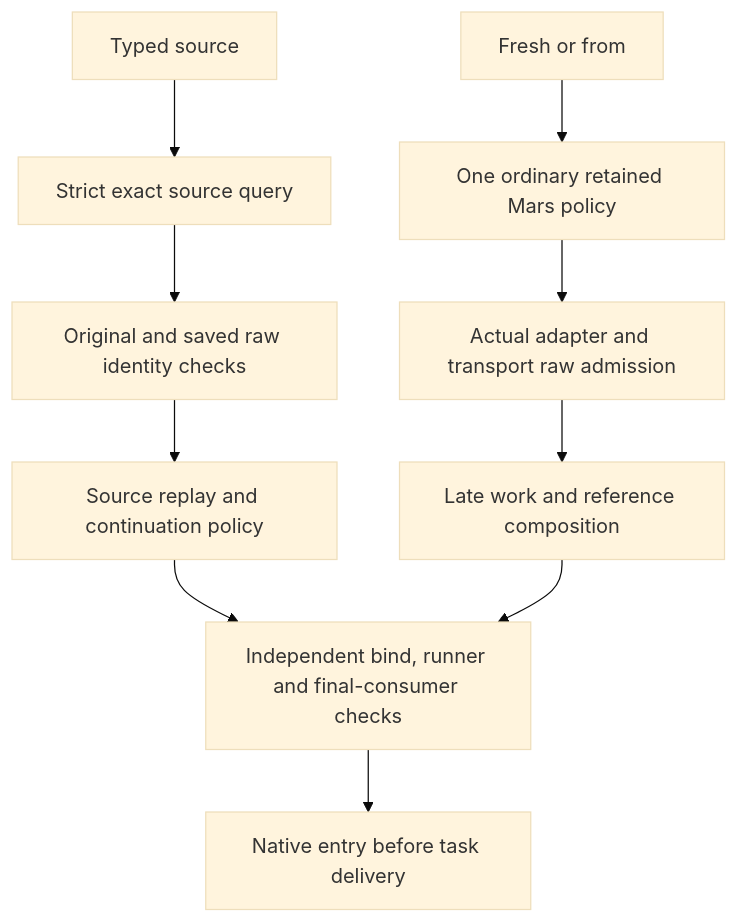
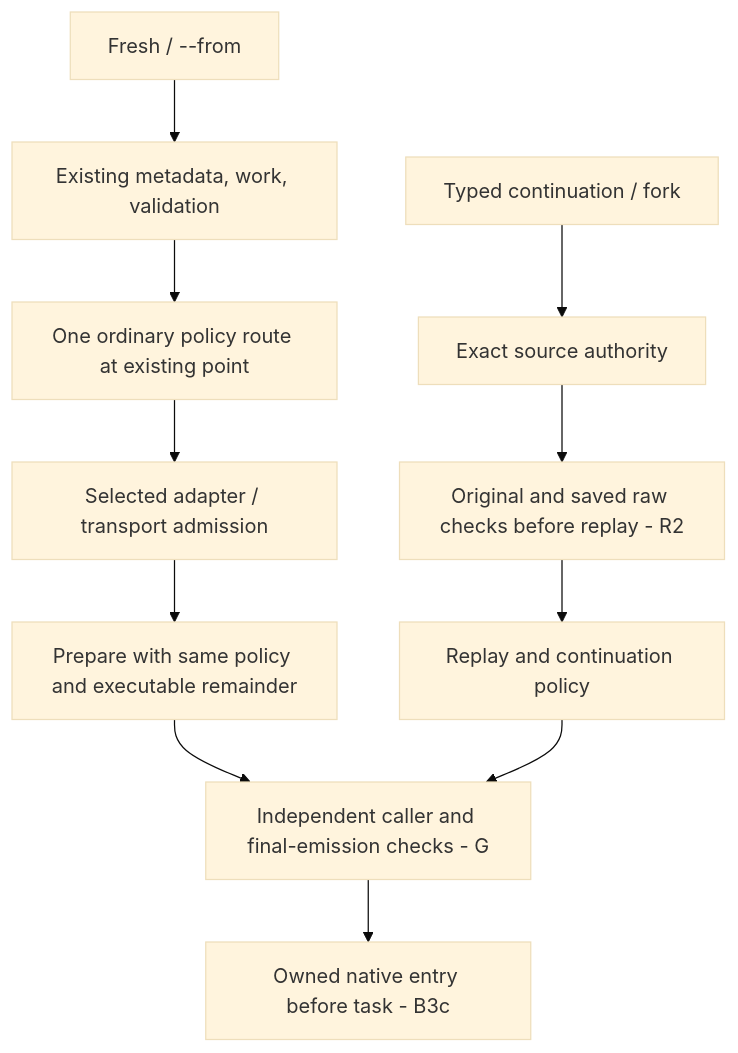
Before and after one commit to haowjy/meridian-cli-kb: the diagram in kb/decisions/native-source-argument-admission.md, drawn with Mermaid (base theme). The commit also changed other lines of this file and 7 other files, not shown here.

````diff
--- a/kb/decisions/native-source-argument-admission.md
+++ b/kb/decisions/native-source-argument-admission.md
@@ -26,12 +17,13 @@
 ```mermaid
 flowchart TD
-    T["Typed source"] --> Q["Strict exact source query"]
-    Q --> I["Original and saved raw identity checks"]
-    I --> R["Source replay and continuation policy"]
-    F["Fresh or from"] --> P["One ordinary retained Mars policy"]
-    P --> A["Actual adapter and transport raw admission"]
-    A --> L["Late work and reference composition"]
-    R --> C["Independent bind, runner and final-consumer checks"]
-    L --> C
-    C --> N["Native entry before task delivery"]
+    F["Fresh / --from"] --> M["Existing metadata, work, validation"]
+    M --> P["One ordinary policy route at existing point"]
+    P --> A["Selected adapter / transport admission"]
+    A --> L["Prepare with same policy and executable remainder"]
+    T["Typed continuation / fork"] --> Q["Exact source authority"]
+    Q --> V["Original and saved raw checks before replay - R2"]
+    V --> R["Replay and continuation policy"]
+    L --> G["Independent caller and final-emission checks - G"]
+    R --> G
+    G --> N["Owned native entry before task - B3c"]
 ```
````
